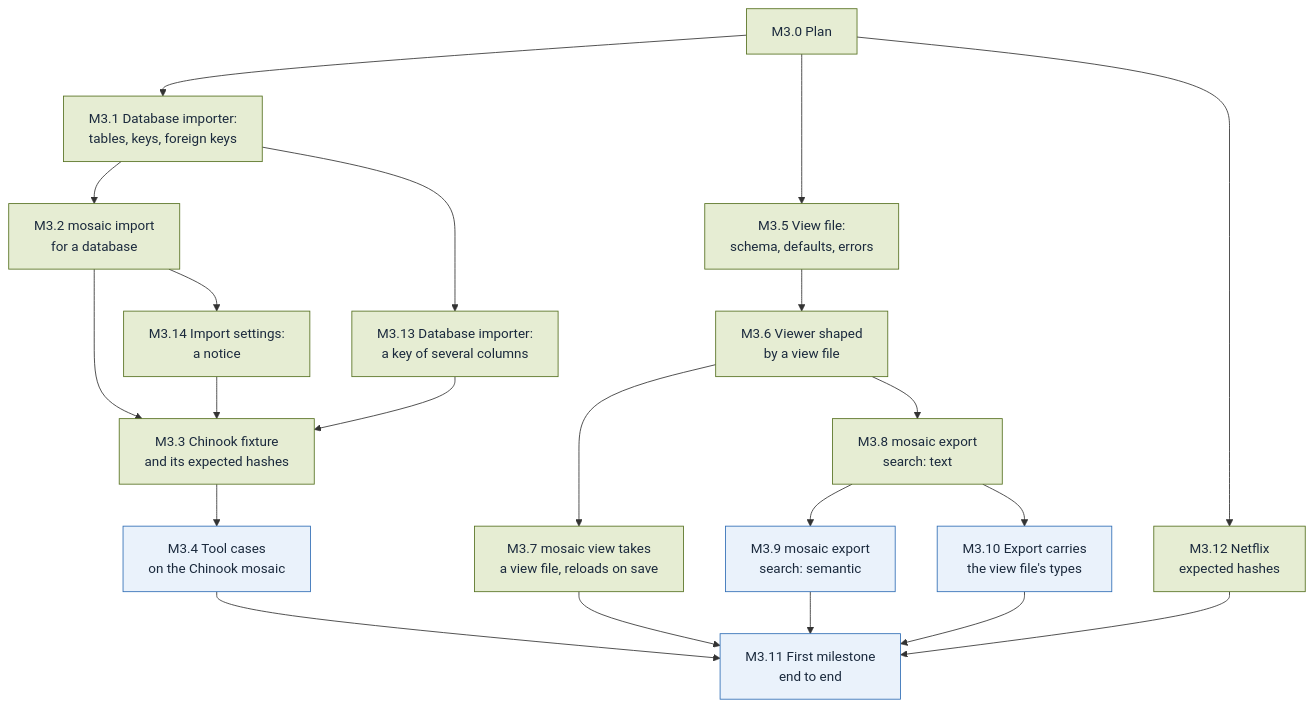
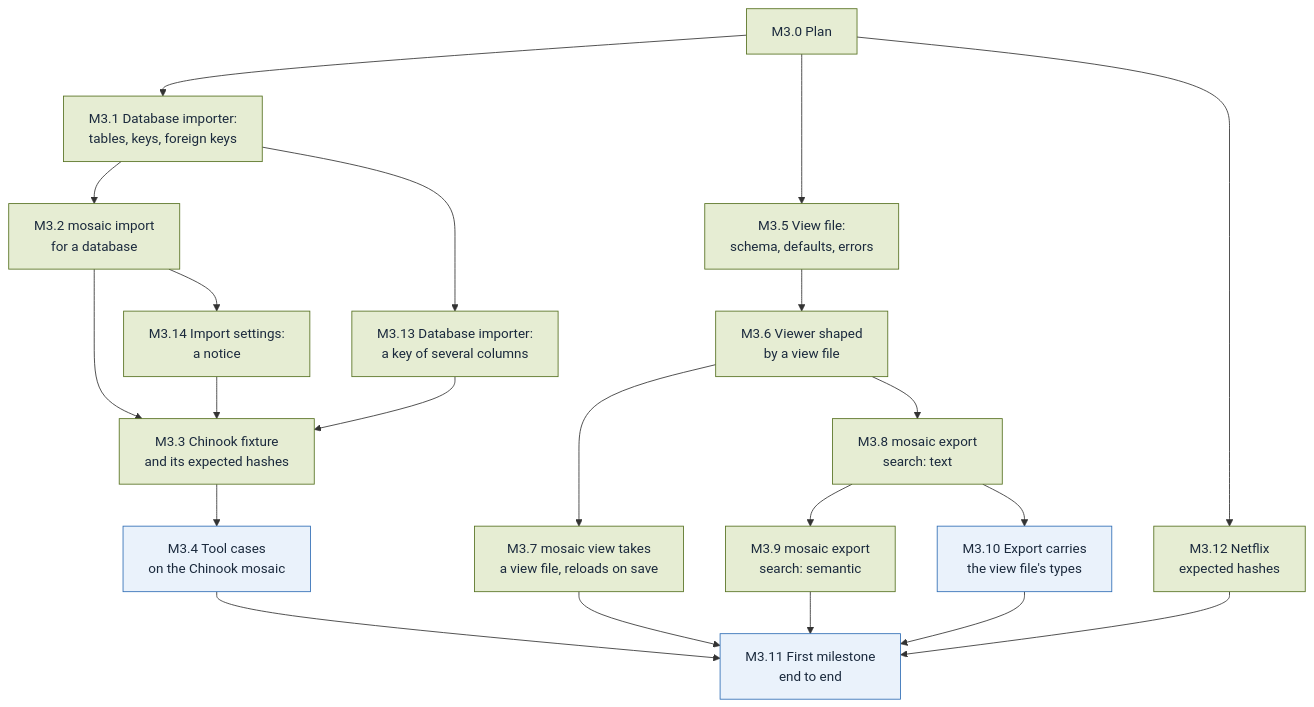
Before and after one commit to alcjor/Mosaic: the diagram in plan/M3.md, drawn with Mermaid. The commit also changed other lines of this file and 12 other files, not shown here.

````diff
--- a/plan/M3.md
+++ b/plan/M3.md
@@ -3,74 +3,74 @@
 ```mermaid
 flowchart TD
   classDef done fill:#E6EDD3,stroke:#55701F,color:#1B2A3D
   classDef todo fill:#EAF2FB,stroke:#2F6DB5,color:#1B2A3D
   classDef parked fill:#FCEFCF,stroke:#F2B630,color:#1B2A3D
   %% One block per slice: its node, then its status (done, todo or parked).
   %% Blank lines keep each status line apart, so two PRs marking two slices merge cleanly.
 
   M3_0["M3.0 Plan"]
   class M3_0 done
 
   M3_1["M3.1 Database importer:<br/>tables, keys, foreign keys"]
   class M3_1 done
 
   M3_2["M3.2 mosaic import<br/>for a database"]
   class M3_2 done
 
   M3_3["M3.3 Chinook fixture<br/>and its expected hashes"]
   class M3_3 done
 
   M3_4["M3.4 Tool cases<br/>on the Chinook mosaic"]
   class M3_4 todo
 
   M3_5["M3.5 View file:<br/>schema, defaults, errors"]
   class M3_5 done
 
   M3_6["M3.6 Viewer shaped<br/>by a view file"]
   class M3_6 done
 
   M3_7["M3.7 mosaic view takes<br/>a view file, reloads on save"]
   class M3_7 done
 
   M3_8["M3.8 mosaic export<br/>search: text"]
   class M3_8 done
 
   M3_9["M3.9 mosaic export<br/>search: semantic"]
-  class M3_9 todo
+  class M3_9 done
 
   M3_10["M3.10 Export carries<br/>the view file's types"]
   class M3_10 todo
 
   M3_11["M3.11 First milestone<br/>end to end"]
   class M3_11 todo
 
   M3_12["M3.12 Netflix<br/>expected hashes"]
   class M3_12 done
 
   M3_13["M3.13 Database importer:<br/>a key of several columns"]
   class M3_13 done
 
   M3_14["M3.14 Import settings:<br/>a notice"]
   class M3_14 done
 
   M3_0 --> M3_1
   M3_1 --> M3_2
   M3_2 --> M3_3
   M3_3 --> M3_4
   M3_0 --> M3_5
   M3_5 --> M3_6
   M3_6 --> M3_7
   M3_6 --> M3_8
   M3_8 --> M3_9
   M3_8 --> M3_10
   M3_4 --> M3_11
   M3_7 --> M3_11
   M3_9 --> M3_11
   M3_10 --> M3_11
   M3_0 --> M3_12
   M3_12 --> M3_11
   M3_1 --> M3_13
   M3_13 --> M3_3
   M3_2 --> M3_14
   M3_14 --> M3_3
 ```
````
